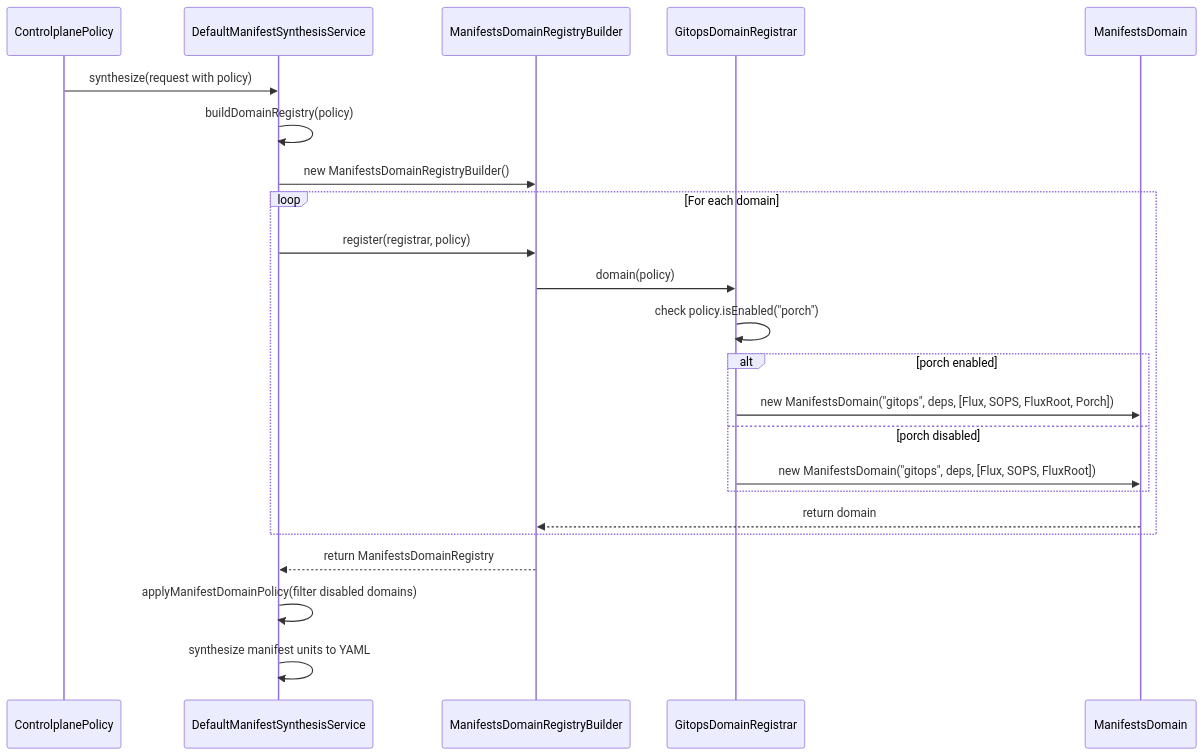
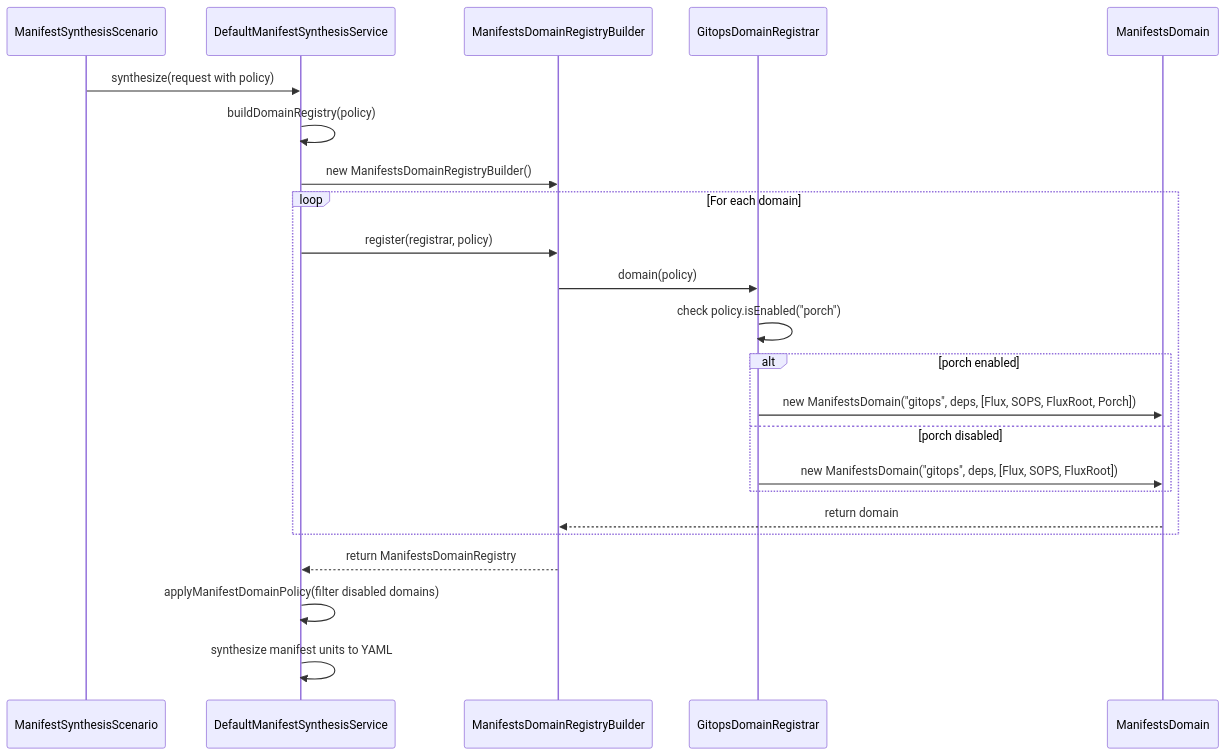
One commit to nxmatic/rke2lab changed the third of 4 diagrams in docs/architecture/manifests/manifest-conditional-inclusion.adoc. Above: the diagram before and after it, drawn with Mermaid. The commit also changed other lines of this file and 18 other files, not shown here.

```diff
--- a/docs/architecture/manifests/manifest-conditional-inclusion.adoc
+++ b/docs/architecture/manifests/manifest-conditional-inclusion.adoc
@@ -177,31 +177,31 @@
 [mermaid]
 ----
 sequenceDiagram
-    participant CP as ControlplanePolicy
+    participant CP as ManifestSynthesisScenario
     participant DMS as DefaultManifestSynthesisService
     participant LDRB as ManifestsDomainRegistryBuilder
     participant GDR as GitopsDomainRegistrar
     participant LD as ManifestsDomain
 
     CP->>DMS: synthesize(request with policy)
     DMS->>DMS: buildDomainRegistry(policy)
     DMS->>LDRB: new ManifestsDomainRegistryBuilder()
 
     loop For each domain
         DMS->>LDRB: register(registrar, policy)
         LDRB->>GDR: domain(policy)
         GDR->>GDR: check policy.isEnabled("porch")
 
         alt porch enabled
             GDR->>LD: new ManifestsDomain("gitops", deps, [Flux, SOPS, FluxRoot, Porch])
         else porch disabled
             GDR->>LD: new ManifestsDomain("gitops", deps, [Flux, SOPS, FluxRoot])
         end
 
         LD-->>LDRB: return domain
     end
 
     LDRB-->>DMS: return ManifestsDomainRegistry
     DMS->>DMS: applyManifestDomainPolicy(filter disabled domains)
     DMS->>DMS: synthesize manifest units to YAML
 ----
```
